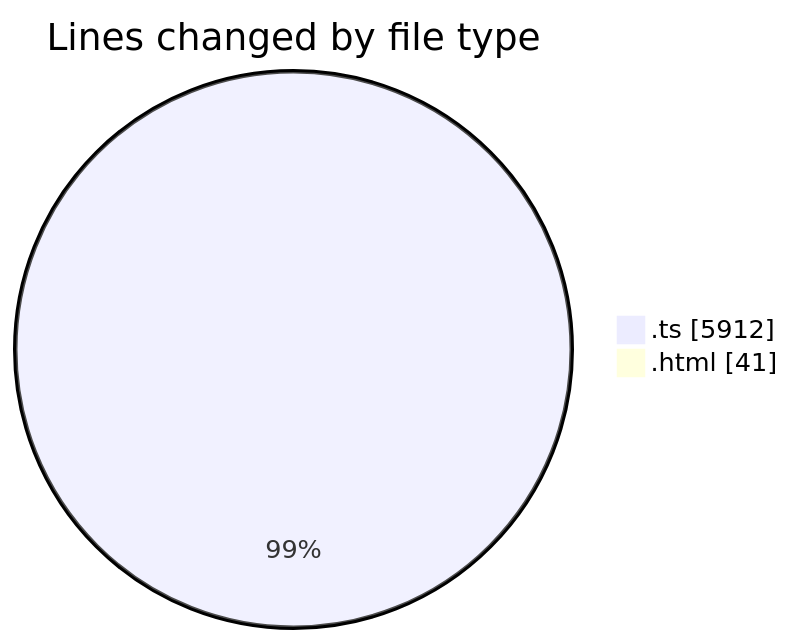
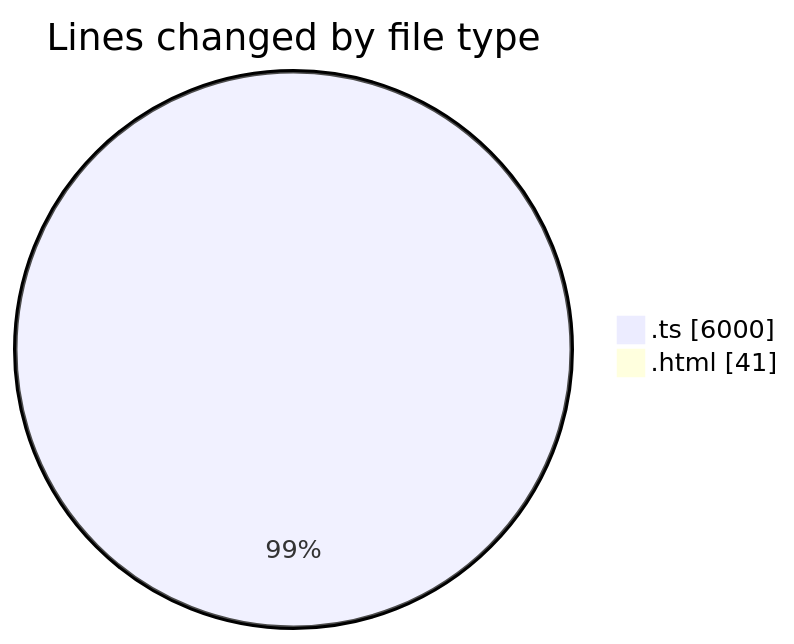
Before and after one commit to tmsrecording-cyber/code-tracking: the first of 2 diagrams in 2026-02-08/singularitybrainai/README.md, drawn with Mermaid. The commit also changed other lines of this file and 1 other file, not shown here.

````diff
--- a/2026-02-08/singularitybrainai/README.md
+++ b/2026-02-08/singularitybrainai/README.md
@@ -27,6 +27,6 @@
 ```mermaid
 pie showData
 title Lines changed by file type
-".ts" : 5912
+".ts" : 6000
 ".html" : 41
 ```
````
